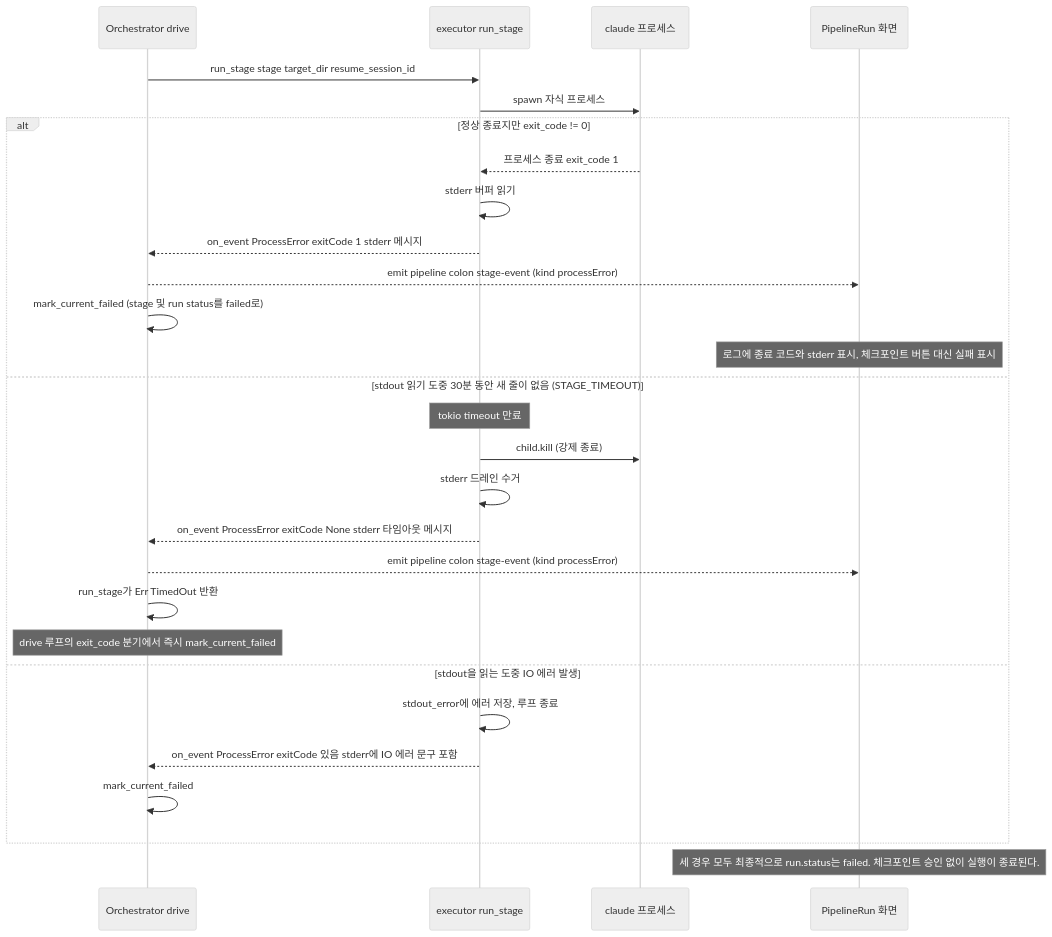
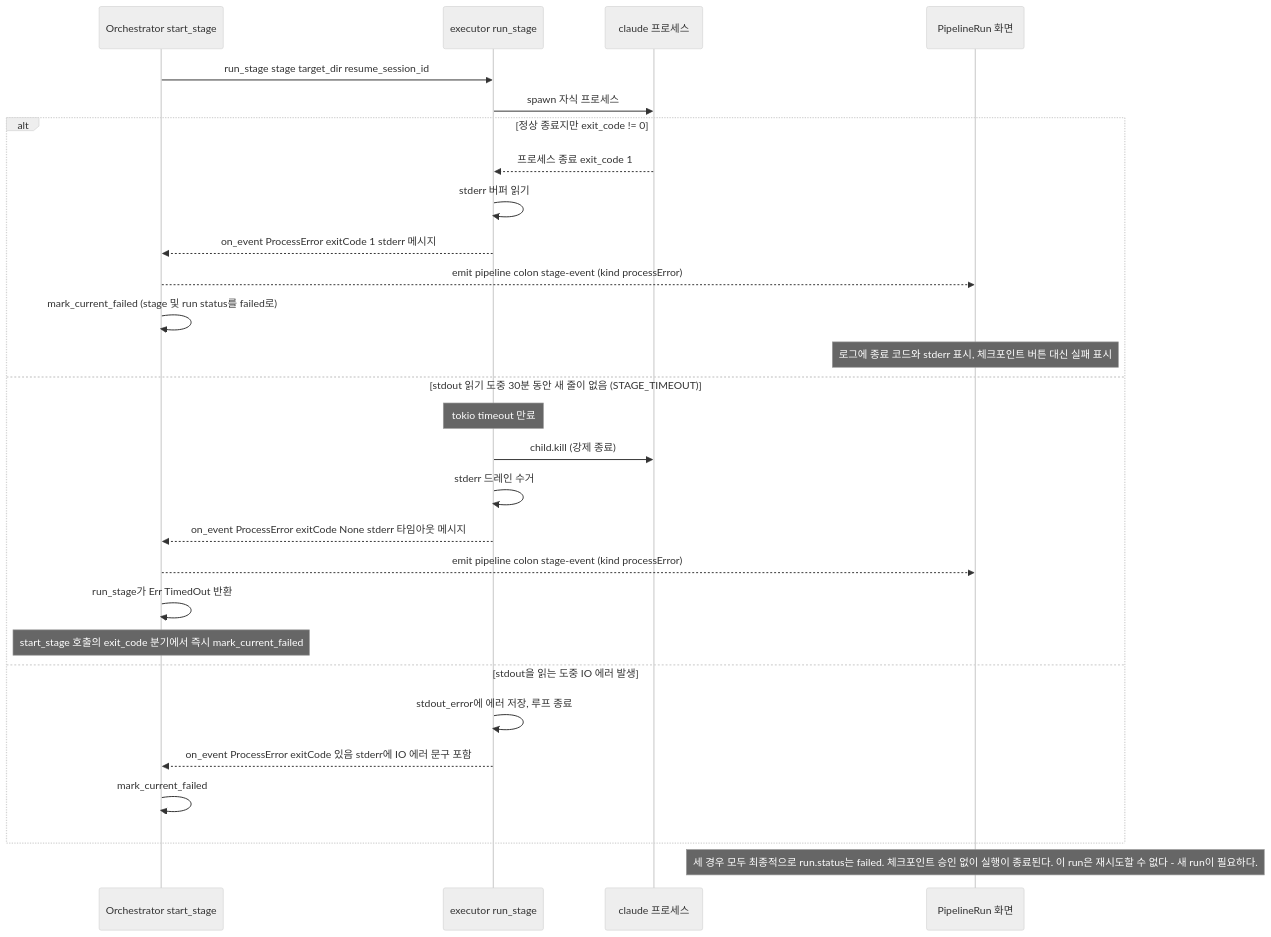
One commit to suhwanju-ai/ClaudeCodeWizard changed the fourth of 5 diagrams in documents/sequence-diagrams.md. Above: the diagram before and after it, drawn with Mermaid (neutral theme). The commit also changed other lines of this file and 9 other files, not shown here.

````diff
--- a/documents/sequence-diagrams.md
+++ b/documents/sequence-diagrams.md
@@ -152,33 +168,33 @@
 ```mermaid
 sequenceDiagram
-    participant Orch as Orchestrator drive
+    participant Orch as Orchestrator start_stage
     participant Exec as executor run_stage
     participant Claude as claude 프로세스
     participant UI as PipelineRun 화면
 
     Orch->>Exec: run_stage stage target_dir resume_session_id
     Exec->>Claude: spawn 자식 프로세스
 
     alt 정상 종료지만 exit_code != 0
         Claude-->>Exec: 프로세스 종료 exit_code 1
         Exec->>Exec: stderr 버퍼 읽기
         Exec-->>Orch: on_event ProcessError exitCode 1 stderr 메시지
         Orch-->>UI: emit pipeline colon stage-event (kind processError)
         Orch->>Orch: mark_current_failed (stage 및 run status를 failed로)
         Note over UI: 로그에 종료 코드와 stderr 표시, 체크포인트 버튼 대신 실패 표시
     else stdout 읽기 도중 30분 동안 새 줄이 없음 (STAGE_TIMEOUT)
         Note over Exec: tokio timeout 만료
         Exec->>Claude: child.kill (강제 종료)
         Exec->>Exec: stderr 드레인 수거
         Exec-->>Orch: on_event ProcessError exitCode None stderr 타임아웃 메시지
         Orch-->>UI: emit pipeline colon stage-event (kind processError)
         Orch->>Orch: run_stage가 Err TimedOut 반환
-        Note over Orch: drive 루프의 exit_code 분기에서 즉시 mark_current_failed
+        Note over Orch: start_stage 호출의 exit_code 분기에서 즉시 mark_current_failed
     else stdout을 읽는 도중 IO 에러 발생
         Exec->>Exec: stdout_error에 에러 저장, 루프 종료
         Exec-->>Orch: on_event ProcessError exitCode 있음 stderr에 IO 에러 문구 포함
         Orch->>Orch: mark_current_failed
     end
 
-    Note over UI: 세 경우 모두 최종적으로 run.status는 failed. 체크포인트 승인 없이 실행이 종료된다.
+    Note over UI: 세 경우 모두 최종적으로 run.status는 failed. 체크포인트 승인 없이 실행이 종료된다. 이 run은 재시도할 수 없다 - 새 run이 필요하다.
 ```
````
